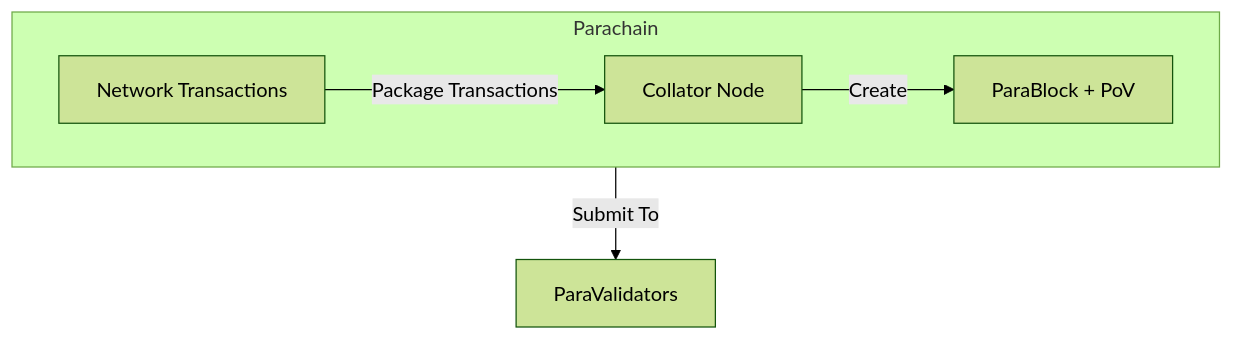
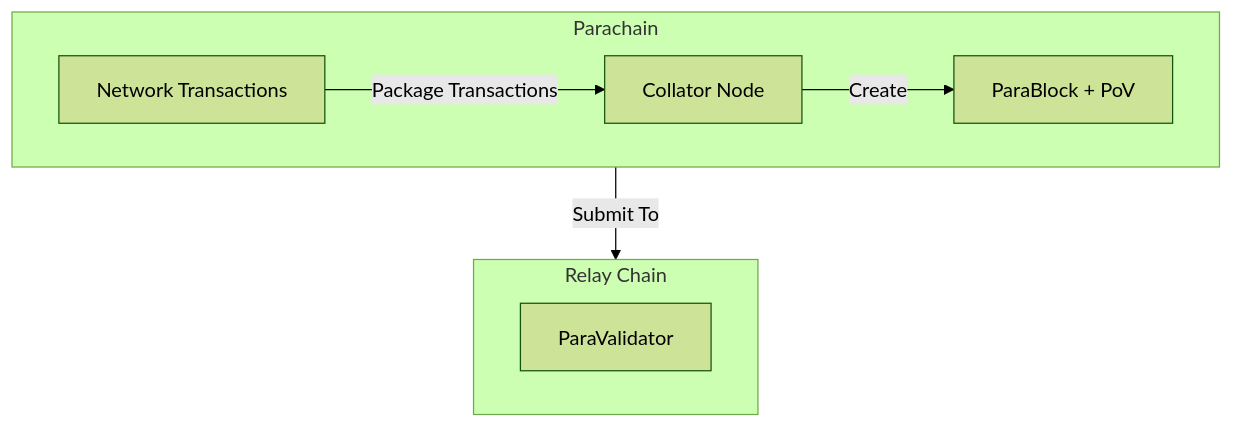
Before and after one commit to polkadot-developers/polkadot-docs: the first of 2 diagrams in polkadot-protocol/architecture/parachains/consensus.md, drawn with Mermaid (forest theme).

````diff
--- a/polkadot-protocol/architecture/parachains/consensus.md
+++ b/polkadot-protocol/architecture/parachains/consensus.md
@@ -49,15 +49,19 @@
 ```mermaid
 flowchart TB
     %% Subgraph: Parachain
     subgraph Parachain
         direction LR
         Txs[Network Transactions]
         Collator[Collator Node]
         ParaBlock[ParaBlock + PoV]
         Txs -->|Package Transactions| Collator
         Collator -->|Create| ParaBlock
     end
 
+    subgraph Relay["Relay Chain"]
+        ParaValidator
+    end
+
     %% Main Flow
-    Parachain -->|Submit To| ParaValidators
+    Parachain -->|Submit To| Relay
 ```
````
